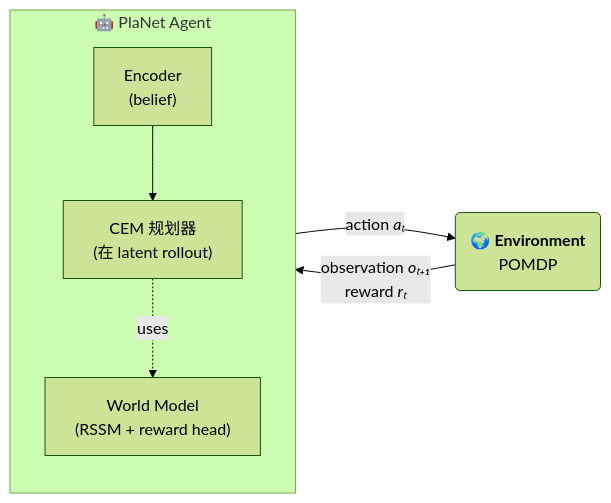
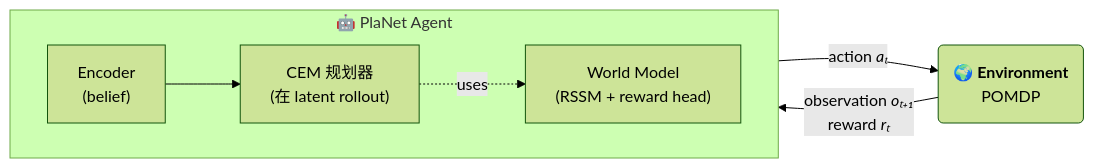
One commit to jinxinzhou/world-model-study changed the sixth of 7 diagrams in World-Model-学习笔记.md. Above: the diagram before and after it, drawn with Mermaid (forest theme). The commit also changed 1 other file, not shown here.

Commit message:
fix: switch §🧭 §1 PlaNet Agent diagram to horizontal (direction LR)
Match the layout of the new Step 3 diagram. Changed 'direction TB' to
'direction LR' inside the PlaNet Agent subgraph so that
Encoder -> CEM planner -> World Model are arranged left-to-right
instead of top-to-bottom. The original screenshot showed the inner
nodes stacked vertically which was visually inconsistent with the
new Step 3 diagram. No 近似 arrow on this one — that arrow stays only
in the Step 3 version. Sync ZH + EN. Not pushing yet.

````diff
--- a/World-Model-学习笔记.md
+++ b/World-Model-学习笔记.md
@@ -1494,14 +1494,14 @@
 ```mermaid
 flowchart LR
     subgraph A["🤖 PlaNet Agent"]
-        direction TB
+        direction LR
         Enc["Encoder<br/>(belief)"]
         WM["World Model<br/>(RSSM + reward head)"]
         CEM["CEM 规划器<br/>(在 latent rollout)"]
         Enc --> CEM
         CEM -.uses.-> WM
     end
     Env("🌍 <b>Environment</b><br/>POMDP")
     A -- "action <i>aₜ</i>" --> Env
     Env -- "observation <i>oₜ₊₁</i><br/>reward <i>rₜ</i>" --> A
 ```
````
